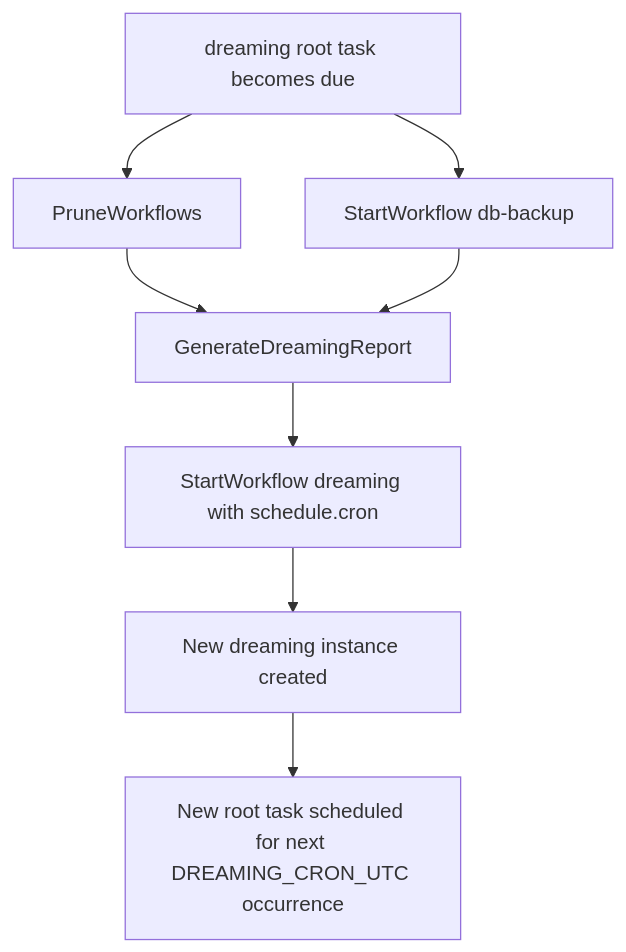
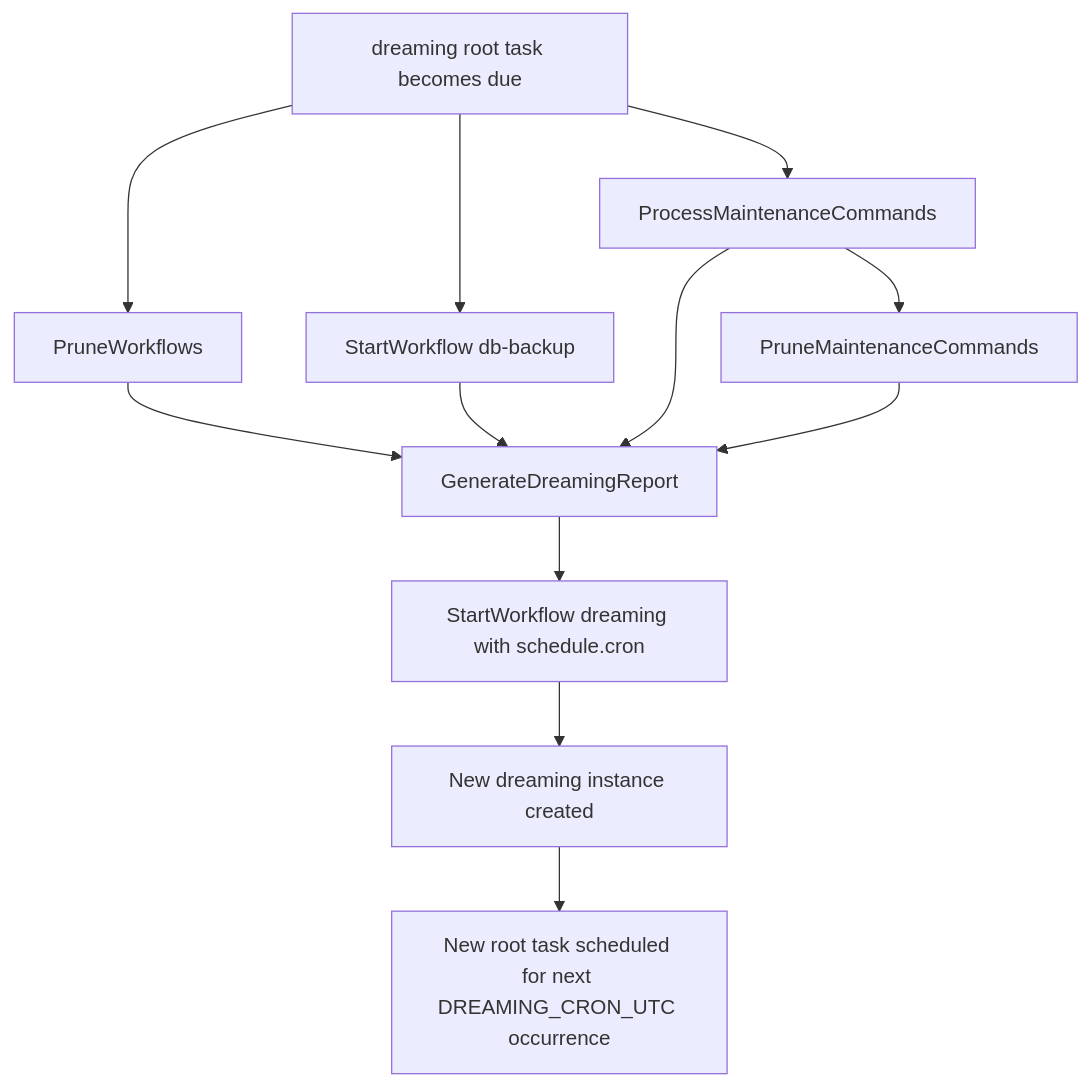
Before and after one commit to AlexandreBrisebois/whats-for-supper: the third of 3 diagrams in docs/flows/data-flows/dreaming-maintenance-workflow.md, drawn with Mermaid. The commit also changed other lines of this file and 16 other files, not shown here.

Commit message:
feat(maintenance): prune terminal command history

````diff
--- a/docs/flows/data-flows/dreaming-maintenance-workflow.md
+++ b/docs/flows/data-flows/dreaming-maintenance-workflow.md
@@ -51,10 +51,14 @@
 ```mermaid
 flowchart TD
     A[dreaming root task becomes due] --> B[PruneWorkflows]
     A --> C[StartWorkflow db-backup]
-    B --> D[GenerateDreamingReport]
-    C --> D
-    D --> E[StartWorkflow dreaming with schedule.cron]
-    E --> F[New dreaming instance created]
-    F --> G[New root task scheduled for next DREAMING_CRON_UTC occurrence]
+    A --> D[ProcessMaintenanceCommands]
+    D --> E[PruneMaintenanceCommands]
+    B --> F[GenerateDreamingReport]
+    C --> F
+    D --> F
+    E --> F
+    F --> G[StartWorkflow dreaming with schedule.cron]
+    G --> H[New dreaming instance created]
+    H --> I[New root task scheduled for next DREAMING_CRON_UTC occurrence]
 ```
````
